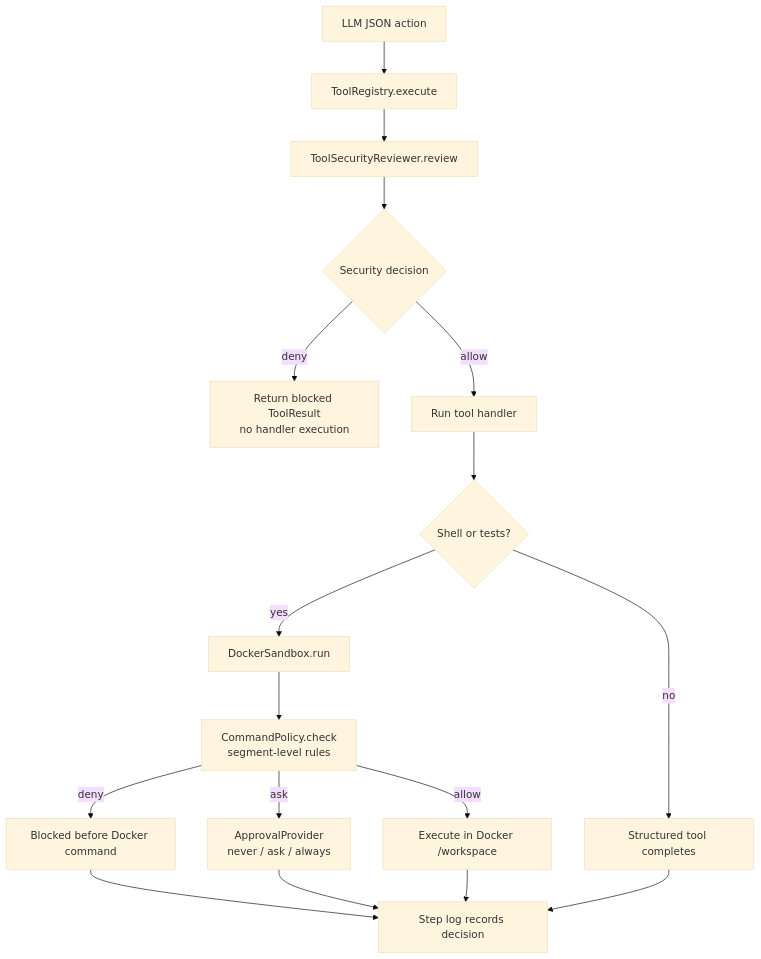
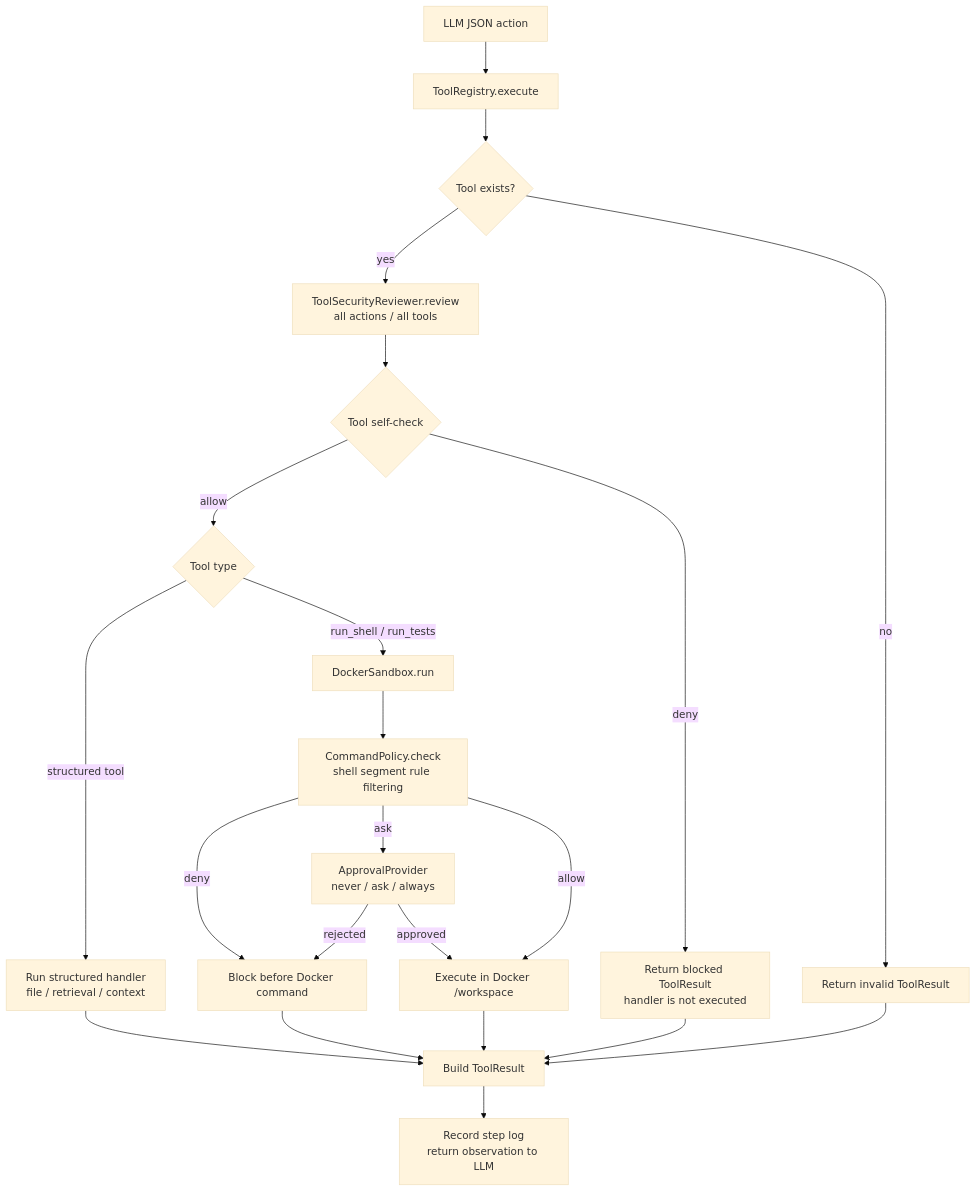
One commit to Cachuela11/MiniCode changed the fifth of 12 diagrams in README.md. Above: the diagram before and after it, drawn with Mermaid (base theme). The commit also changed other lines of this file, not shown here.

````diff
--- a/README.md
+++ b/README.md
@@ -240,19 +240,24 @@
 ```mermaid
 flowchart TD
     A[LLM JSON action] --> B[ToolRegistry.execute]
-    B --> C[ToolSecurityReviewer.review]
-    C --> D{Security decision}
-    D -->|deny| E[Return blocked ToolResult<br/>no handler execution]
-    D -->|allow| F[Run tool handler]
-    F --> G{Shell or tests?}
-    G -->|yes| H[DockerSandbox.run]
-    H --> I[CommandPolicy.check<br/>segment-level rules]
-    I -->|deny| J[Blocked before Docker command]
-    I -->|ask| K[ApprovalProvider<br/>never / ask / always]
-    I -->|allow| L[Execute in Docker /workspace]
-    G -->|no| M[Structured tool completes]
-    J --> N[Step log records decision]
-    K --> N
-    L --> N
-    M --> N
+    B --> C{Tool exists?}
+    C -->|no| D[Return invalid ToolResult]
+    C -->|yes| E[ToolSecurityReviewer.review<br/>all actions / all tools]
+    E --> F{Tool self-check}
+    F -->|deny| G[Return blocked ToolResult<br/>handler is not executed]
+    F -->|allow| H{Tool type}
+    H -->|structured tool| I[Run structured handler<br/>file / retrieval / context]
+    H -->|run_shell / run_tests| J[DockerSandbox.run]
+    J --> K[CommandPolicy.check<br/>shell segment rule filtering]
+    K -->|deny| L[Block before Docker command]
+    K -->|ask| M[ApprovalProvider<br/>never / ask / always]
+    M -->|rejected| L
+    M -->|approved| N[Execute in Docker /workspace]
+    K -->|allow| N
+    I --> O[Build ToolResult]
+    L --> O
+    N --> O
+    G --> O
+    D --> O
+    O --> P[Record step log<br/>return observation to LLM]
 ```
````
